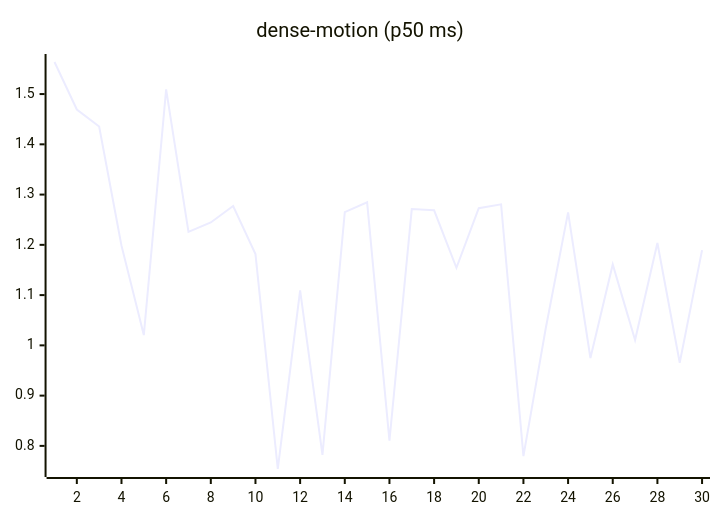
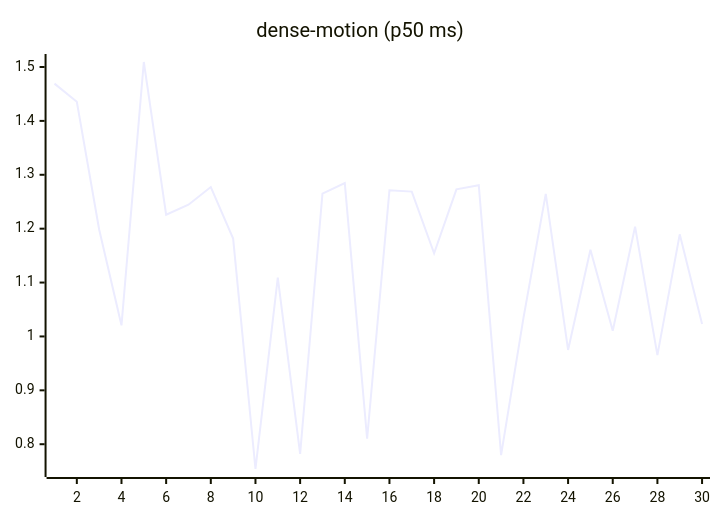
Before and after one commit to josha/Facet: the ninth of 27 diagrams in README.md, drawn with Mermaid. The commit also changed other lines of this file and 2 other files, not shown here.

````diff
--- a/README.md
+++ b/README.md
@@ -119,6 +119,6 @@
 ```mermaid
 xychart-beta
     title "dense-motion (p50 ms)"
     x-axis 1 --> 30
-    line [1.5638, 1.4692, 1.4355, 1.1984, 1.0205, 1.5093, 1.2258, 1.2445, 1.2773, 1.1817, 0.7540, 1.1093, 0.7822, 1.2651, 1.2846, 0.8102, 1.2712, 1.2688, 1.1544, 1.2730, 1.2805, 0.7796, 1.0341, 1.2646, 0.9749, 1.1610, 1.0105, 1.2037, 0.9653, 1.1895]
+    line [1.4692, 1.4355, 1.1984, 1.0205, 1.5093, 1.2258, 1.2445, 1.2773, 1.1817, 0.7540, 1.1093, 0.7822, 1.2651, 1.2846, 0.8102, 1.2712, 1.2688, 1.1544, 1.2730, 1.2805, 0.7796, 1.0341, 1.2646, 0.9749, 1.1610, 1.0105, 1.2037, 0.9653, 1.1895, 1.0233]
 ```
````
